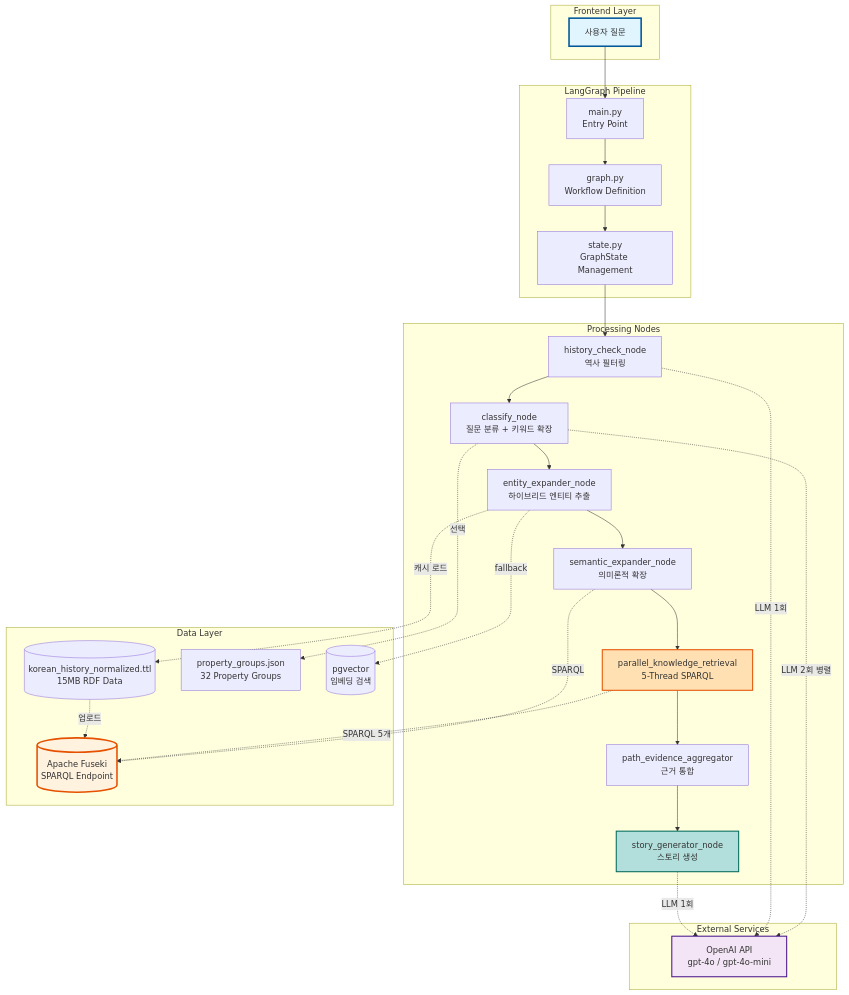
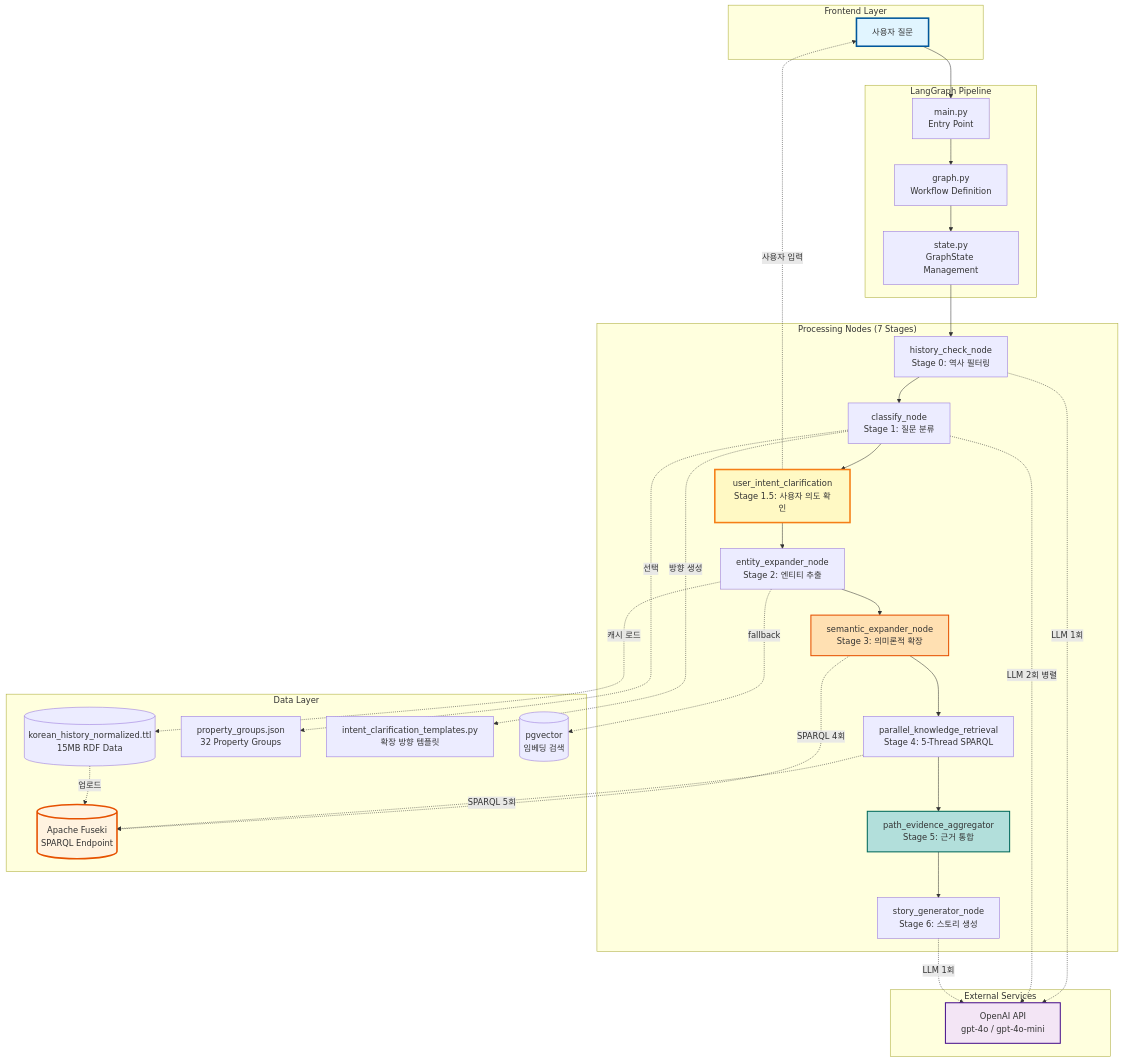
Before and after one commit to SKNETWORKS-FAMILY-AICAMP/SKN18-FINAL-3TEAM: the first of 3 diagrams in backend/langgraph_fuseki/docs/README.md, drawn with Mermaid. The commit also changed other lines of this file and 23 other files, not shown here.

````diff
--- a/backend/langgraph_fuseki/docs/README.md
+++ b/backend/langgraph_fuseki/docs/README.md
@@ -30,62 +47,68 @@
 ```mermaid
 graph TB
     subgraph "Frontend Layer"
         User[사용자 질문]
     end
 
     subgraph "LangGraph Pipeline"
         Main[main.py<br/>Entry Point]
         Graph[graph.py<br/>Workflow Definition]
         State[state.py<br/>GraphState Management]
     end
 
-    subgraph "Processing Nodes"
-        N0[history_check_node<br/>역사 필터링]
-        N1[classify_node<br/>질문 분류 + 키워드 확장]
-        N2[entity_expander_node<br/>하이브리드 엔티티 추출]
-        N2_5[semantic_expander_node<br/>의미론적 확장]
-        N3[parallel_knowledge_retrieval<br/>5-Thread SPARQL]
-        N4[path_evidence_aggregator<br/>근거 통합]
-        N5[story_generator_node<br/>스토리 생성]
+    subgraph "Processing Nodes (7 Stages)"
+        N0[history_check_node<br/>Stage 0: 역사 필터링]
+        N1[classify_node<br/>Stage 1: 질문 분류]
+        N1_5[user_intent_clarification<br/>Stage 1.5: 사용자 의도 확인]
+        N2[entity_expander_node<br/>Stage 2: 엔티티 추출]
+        N3[semantic_expander_node<br/>Stage 3: 의미론적 확장]
+        N4[parallel_knowledge_retrieval<br/>Stage 4: 5-Thread SPARQL]
+        N5[path_evidence_aggregator<br/>Stage 5: 근거 통합]
+        N6[story_generator_node<br/>Stage 6: 스토리 생성]
     end
 
     subgraph "Data Layer"
         TTL[(korean_history_normalized.ttl<br/>15MB RDF Data)]
         Groups[property_groups.json<br/>32 Property Groups]
+        Templates[intent_clarification_templates.py<br/>확장 방향 템플릿]
         Fuseki[(Apache Fuseki<br/>SPARQL Endpoint)]
         PGVector[(pgvector<br/>임베딩 검색)]
     end
 
     subgraph "External Services"
         OpenAI[OpenAI API<br/>gpt-4o / gpt-4o-mini]
     end
 
     User --> Main
     Main --> Graph
     Graph --> State
     State --> N0
     N0 --> N1
-    N1 --> N2
-    N2 --> N2_5
-    N2_5 --> N3
+    N1 --> N1_5
+    N1_5 --> N2
+    N2 --> N3
     N3 --> N4
     N4 --> N5
+    N5 --> N6
 
+    N0 -.LLM 1회.-> OpenAI
     N1 -.LLM 2회 병렬.-> OpenAI
-    N0 -.LLM 1회.-> OpenAI
-    N5 -.LLM 1회.-> OpenAI
+    N1_5 -.사용자 입력.-> User
+    N6 -.LLM 1회.-> OpenAI
 
     N2 -.캐시 로드.-> TTL
     N2 -.fallback.-> PGVector
     N1 -.선택.-> Groups
-    N2_5 -.SPARQL.-> Fuseki
-    N3 -.SPARQL 5개.-> Fuseki
+    N1 -.방향 생성.-> Templates
+    N3 -.SPARQL 4회.-> Fuseki
+    N4 -.SPARQL 5회.-> Fuseki
 
     TTL -.업로드.-> Fuseki
 
     style User fill:#e1f5ff,stroke:#01579b,stroke-width:3px
     style Fuseki fill:#fff3e0,stroke:#e65100,stroke-width:3px
     style OpenAI fill:#f3e5f5,stroke:#4a148c,stroke-width:2px
+    style N1_5 fill:#fff9c4,stroke:#f57f17,stroke-width:3px
     style N3 fill:#ffe0b2,stroke:#e65100,stroke-width:2px
     style N5 fill:#b2dfdb,stroke:#00695c,stroke-width:2px
 ```
````
